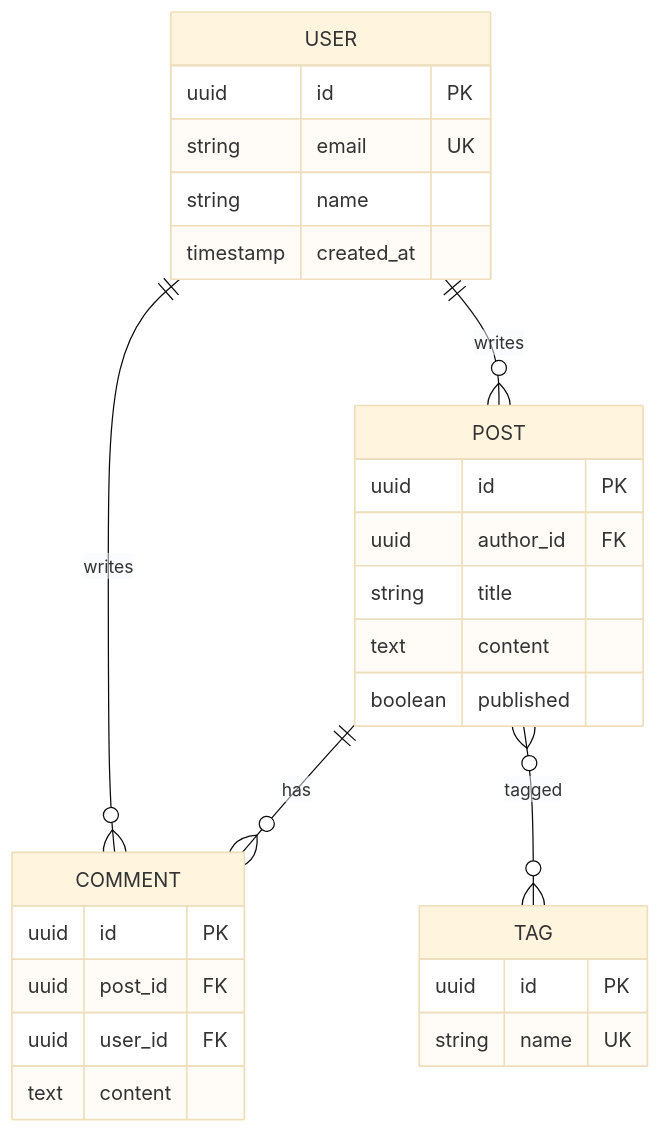
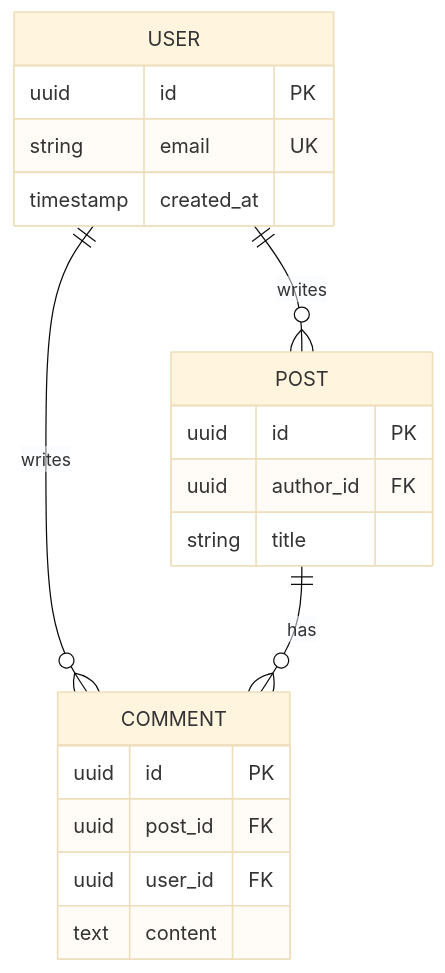
The diagram in schema/references/schema-examples.md (belinwu/simota-skills), drawn with Mermaid (base theme) before and after one commit. The commit also changed other lines of this file and 8 other files, not shown here.

Commit message:
refactor(schema): streamline skill docs

````diff
--- a/schema/references/schema-examples.md
+++ b/schema/references/schema-examples.md
@@ -295,34 +223,25 @@
 ```mermaid
 erDiagram
     USER ||--o{ POST : writes
     USER ||--o{ COMMENT : writes
     POST ||--o{ COMMENT : has
-    POST }o--o{ TAG : tagged
 
     USER {
         uuid id PK
         string email UK
-        string name
         timestamp created_at
     }
 
     POST {
         uuid id PK
         uuid author_id FK
         string title
-        text content
-        boolean published
     }
 
     COMMENT {
         uuid id PK
         uuid post_id FK
         uuid user_id FK
         text content
     }
-
-    TAG {
-        uuid id PK
-        string name UK
-    }
 ```
````
